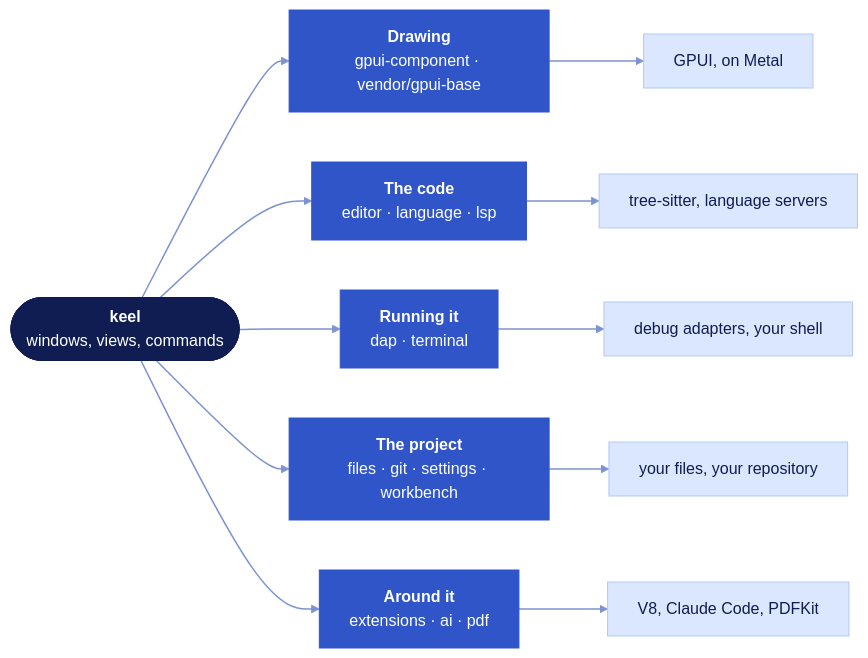
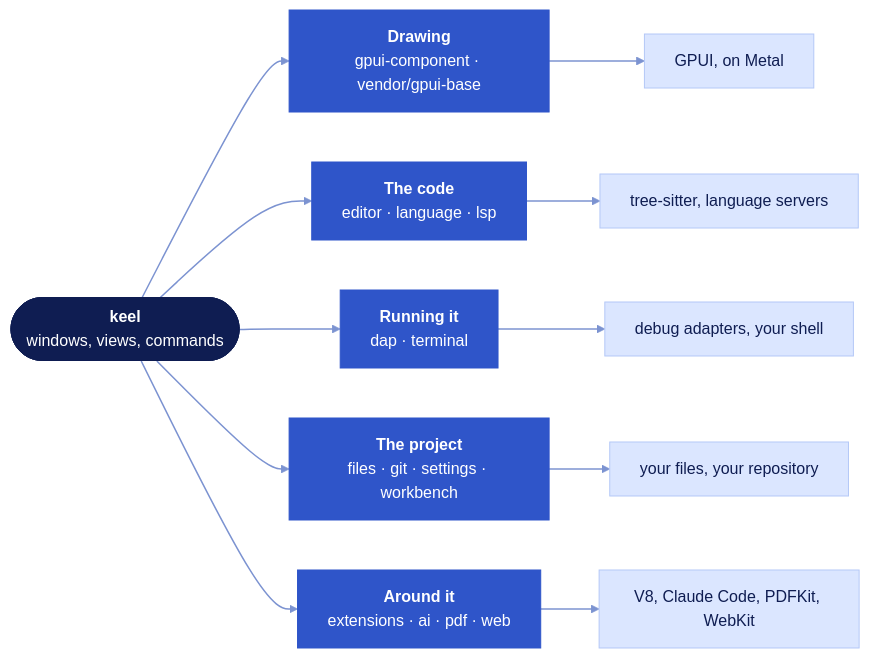
Before and after one commit to Manuel-Mezzanotte/Keel: the diagram in README.md, drawn with Mermaid. The commit also changed other lines of this file and 8 other files, not shown here.

````diff
--- a/README.md
+++ b/README.md
@@ -291,18 +293,18 @@
 ```mermaid
 flowchart LR
     app(["<b>keel</b><br>windows, views, commands"])
 
     app --> ui["<b>Drawing</b><br>gpui-component · vendor/gpui-base"] --> ui_on["GPUI, on Metal"]
     app --> code["<b>The code</b><br>editor · language · lsp"] --> code_on["tree-sitter, language servers"]
     app --> run["<b>Running it</b><br>dap · terminal"] --> run_on["debug adapters, your shell"]
     app --> project["<b>The project</b><br>files · git · settings · workbench"] --> project_on["your files, your repository"]
-    app --> around["<b>Around it</b><br>extensions · ai · pdf"] --> around_on["V8, Claude Code, PDFKit"]
+    app --> around["<b>Around it</b><br>extensions · ai · pdf · web"] --> around_on["V8, Claude Code, PDFKit, WebKit"]
 
     classDef hull fill:#0f1d52,stroke:#0f1d52,color:#ffffff
     classDef crate fill:#2f55c9,stroke:#2f55c9,color:#ffffff
     classDef engine fill:#dbe6ff,stroke:#b4c8f7,color:#0f1d52
     class app hull
     class ui,code,run,project,around crate
     class ui_on,code_on,run_on,project_on,around_on engine
     linkStyle default stroke:#7c93d1,stroke-width:1.5px
 ```
````
